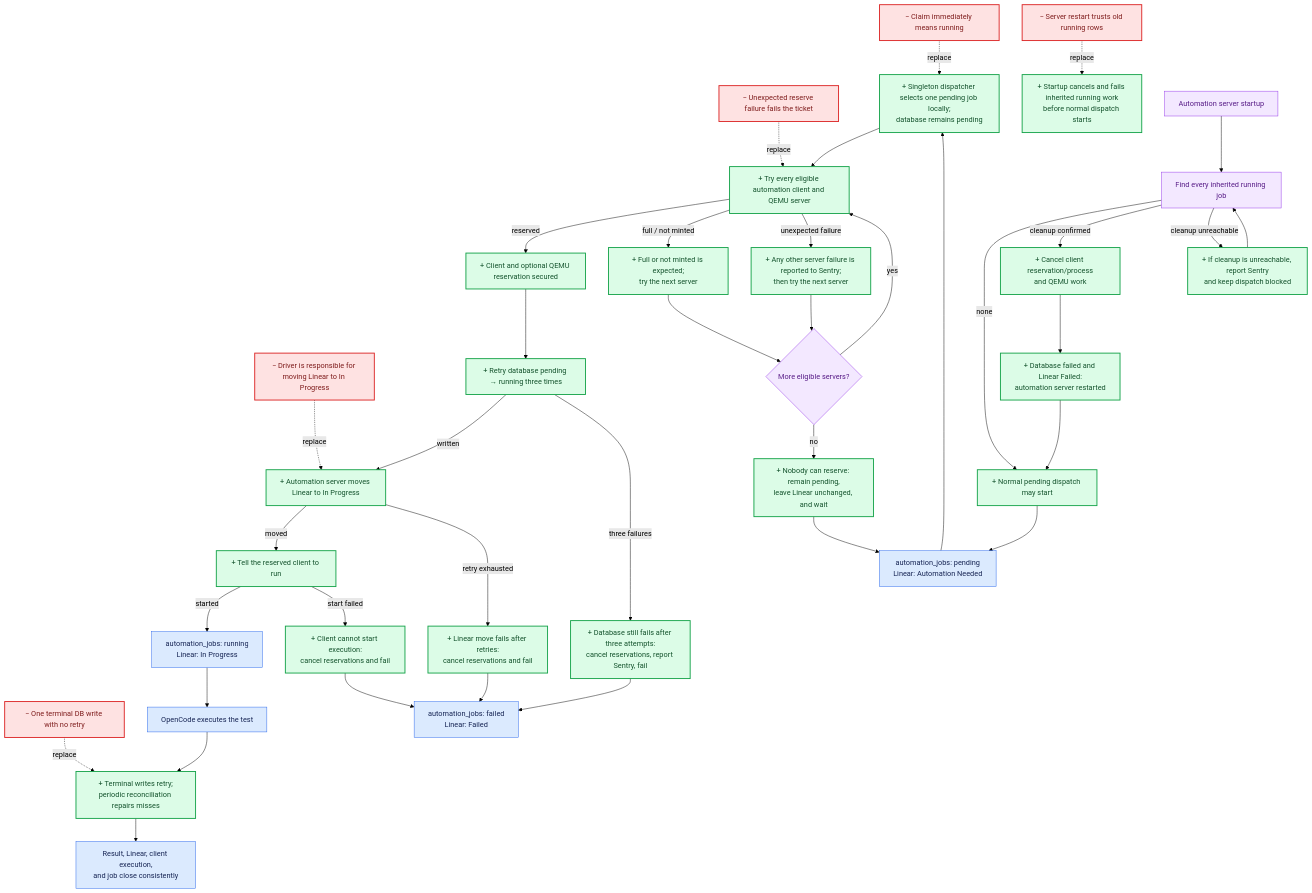
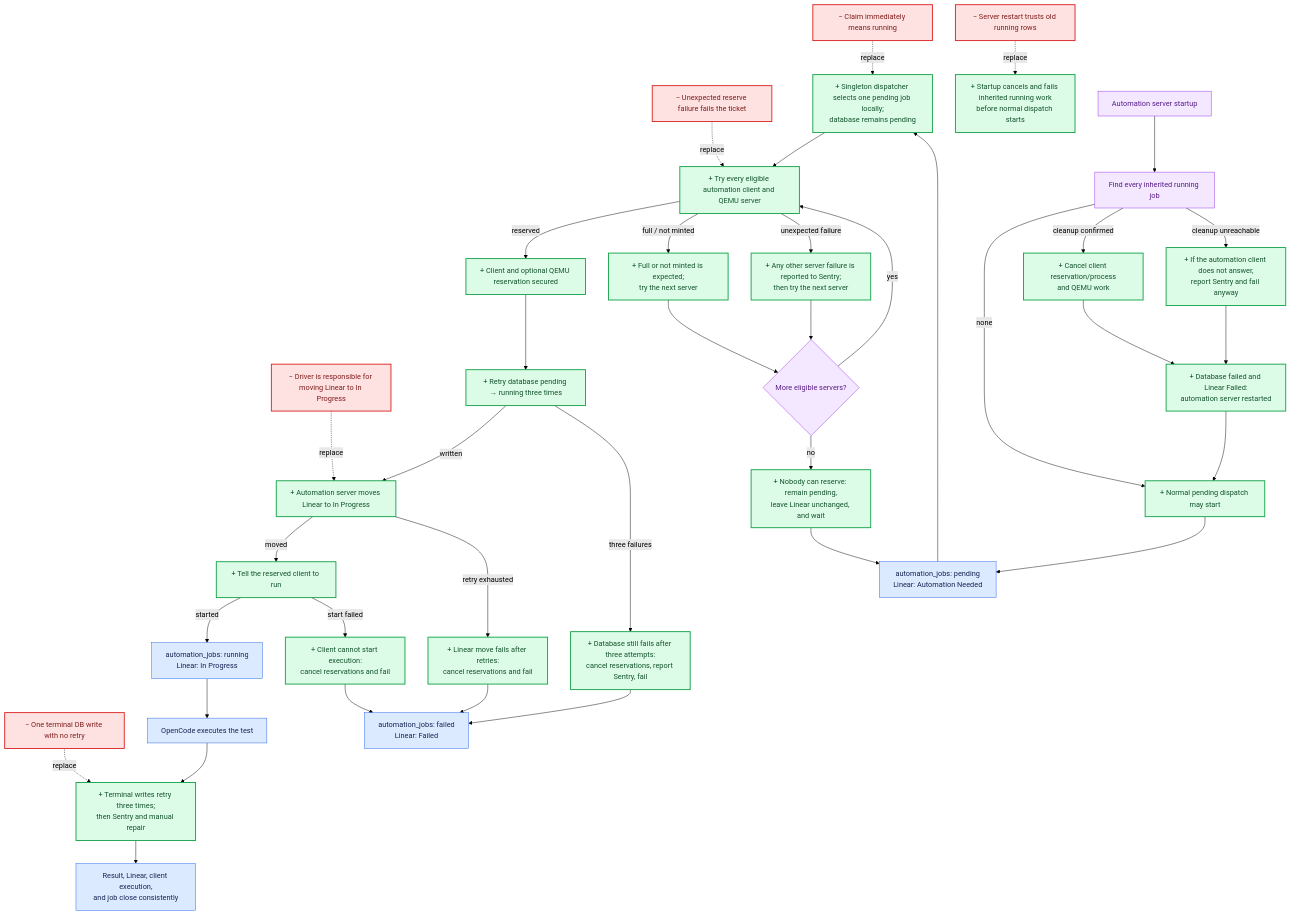
One commit to ThePrimeagen/Oligarchy changed the second of 2 diagrams in MUST_FIX.MD. Above: the diagram before and after it, drawn with Mermaid (forest theme). The commit also changed other lines of this file and 9 other files, not shown here.

First line of the commit message:
Fail jobs left running by a dead automation server at startup (#205)

````diff
--- a/MUST_FIX.MD
+++ b/MUST_FIX.MD
@@ -77,66 +77,66 @@
 ```mermaid
 flowchart TB
   classDef removed fill:#fee2e2,stroke:#dc2626,color:#7f1d1d,stroke-width:2px
   classDef added fill:#dcfce7,stroke:#16a34a,color:#14532d,stroke-width:2px
   classDef kept fill:#dbeafe,stroke:#2563eb,color:#172554
   classDef decision fill:#f3e8ff,stroke:#9333ea,color:#581c87
 
   R1["− Claim immediately means running"]:::removed
   R2["− Unexpected reserve failure fails the ticket"]:::removed
   R3["− Driver is responsible for moving Linear to In Progress"]:::removed
   R4["− Server restart trusts old running rows"]:::removed
   R5["− One terminal DB write with no retry"]:::removed
 
   N1["+ Singleton dispatcher selects one pending job locally;<br/>database remains pending"]:::added
   N2["+ Try every eligible automation client and QEMU server"]:::added
   N3["+ Full or not minted is expected;<br/>try the next server"]:::added
   N4["+ Any other server failure is reported to Sentry;<br/>then try the next server"]:::added
   N5["+ Nobody can reserve: remain pending,<br/>leave Linear unchanged, and wait"]:::added
   N6["+ Client and optional QEMU reservation secured"]:::added
   N7["+ Retry database pending → running three times"]:::added
   N8["+ Automation server moves Linear to In Progress"]:::added
   N9["+ Tell the reserved client to run"]:::added
   N10["+ Startup cancels and fails inherited running work<br/>before normal dispatch starts"]:::added
-  N11["+ Terminal writes retry;<br/>periodic reconciliation repairs misses"]:::added
+  N11["+ Terminal writes retry three times;<br/>then Sentry and manual repair"]:::added
 
   R1 -. "replace" .-> N1
   R2 -. "replace" .-> N2
   R3 -. "replace" .-> N8
   R4 -. "replace" .-> N10
   R5 -. "replace" .-> N11
 
   P["automation_jobs: pending<br/>Linear: Automation Needed"]:::kept
   MORE{"More eligible servers?"}:::decision
   RUN["automation_jobs: running<br/>Linear: In Progress"]:::kept
   EXEC["OpenCode executes the test"]:::kept
   DONE["Result, Linear, client execution,<br/>and job close consistently"]:::kept
   FAIL["automation_jobs: failed<br/>Linear: Failed"]:::kept
   DBFAIL["+ Database still fails after three attempts:<br/>cancel reservations, report Sentry, fail"]:::added
   LINEARFAIL["+ Linear move fails after retries:<br/>cancel reservations and fail"]:::added
   RUNFAIL["+ Client cannot start execution:<br/>cancel reservations and fail"]:::added
 
   P --> N1 --> N2
   N2 -->|"reserved"| N6 --> N7
   N2 -->|"full / not minted"| N3 --> MORE
   N2 -->|"unexpected failure"| N4 --> MORE
   MORE -->|"yes"| N2
   MORE -->|"no"| N5 --> P
   N7 -->|"written"| N8
   N7 -->|"three failures"| DBFAIL --> FAIL
   N8 -->|"moved"| N9
   N8 -->|"retry exhausted"| LINEARFAIL --> FAIL
   N9 -->|"started"| RUN --> EXEC --> N11 --> DONE
   N9 -->|"start failed"| RUNFAIL --> FAIL
 
   START["Automation server startup"]:::decision
   INHERITED["Find every inherited running job"]:::decision
   CANCEL["+ Cancel client reservation/process<br/>and QEMU work"]:::added
   INHERITEDFAIL["+ Database failed and Linear Failed:<br/>automation server restarted"]:::added
-  BLOCK["+ If cleanup is unreachable, report Sentry<br/>and keep dispatch blocked"]:::added
+  UNREACHABLE["+ If the automation client does not answer,<br/>report Sentry and fail anyway"]:::added
   NORMAL["+ Normal pending dispatch may start"]:::added
 
   START --> INHERITED
   INHERITED -->|"none"| NORMAL
   INHERITED -->|"cleanup confirmed"| CANCEL --> INHERITEDFAIL --> NORMAL --> P
-  INHERITED -->|"cleanup unreachable"| BLOCK --> INHERITED
+  INHERITED -->|"cleanup unreachable"| UNREACHABLE --> INHERITEDFAIL
 ```
````
